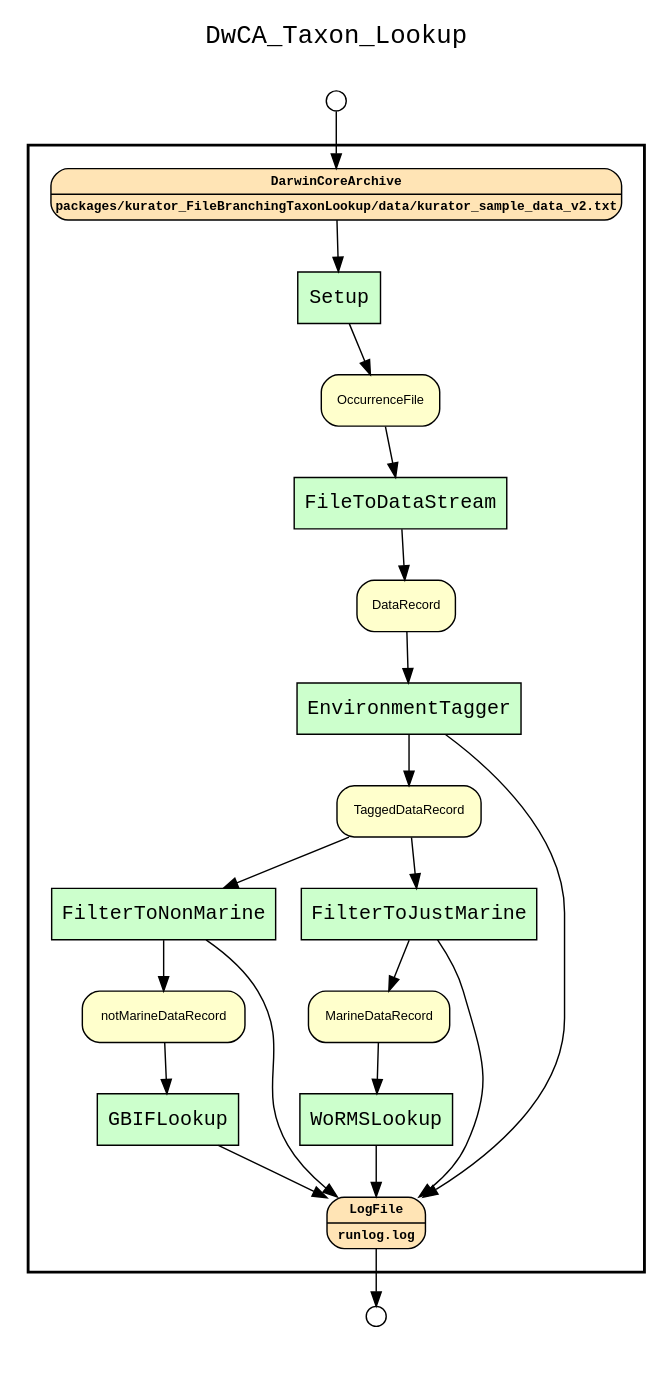
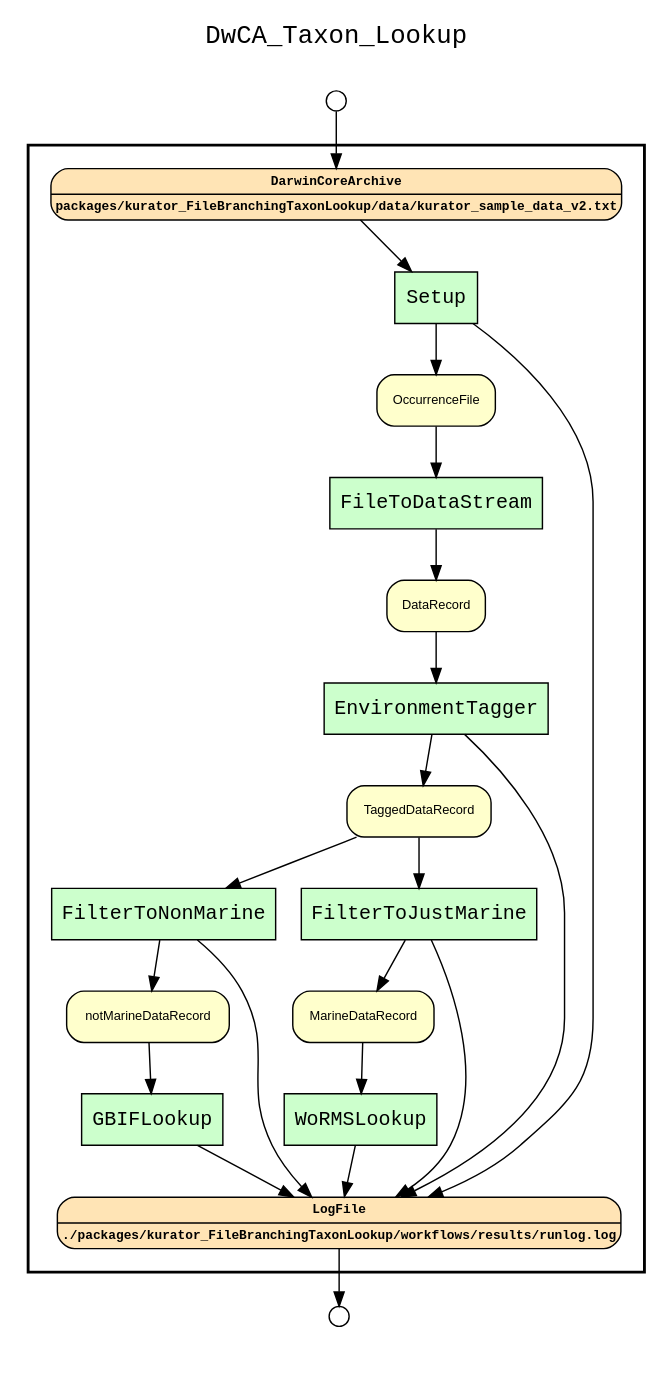
Before and after one commit to kurator-org/kurator-TDWG17-YW: the diagram in kurator_FileBranchingTaxonLookup/workflows/results/wf_recon_upstream_of_LogFile.gv, drawn with Graphviz. The commit also changed 54 other files, not shown here.

```diff
--- a/kurator_FileBranchingTaxonLookup/workflows/results/wf_recon_upstream_of_LogFile.gv
+++ b/kurator_FileBranchingTaxonLookup/workflows/results/wf_recon_upstream_of_LogFile.gv
@@ -1,58 +1,59 @@
 
 digraph yw_data_view {
 rankdir=TB
 fontname=Courier; fontsize=18; labelloc=t
 label="DwCA_Taxon_Lookup"
 subgraph cluster_workflow { label=""; color=black; penwidth=2
 subgraph cluster_workflow_inner { label=""; color=white
 node[shape=box style="filled" fillcolor="#CCFFCC" peripheries=1 fontname=Courier]
 FileToDataStream
-Setup
 GBIFLookup
 WoRMSLookup
 FilterToNonMarine
 FilterToJustMarine
 EnvironmentTagger
+Setup
 node[shape=box style="filled" fillcolor="#CCFFCC" peripheries=1 fontname=Courier]
 node[shape=box style="rounded,filled" fillcolor="#FFE4B5" peripheries=1 fontname="Courier-Bold" fontsize=9]
 DarwinCoreArchive[shape=record rankdir=LR label="{<f0> DarwinCoreArchive |<f1>packages/kurator_FileBranchingTaxonLookup/data/kurator_sample_data_v2.txt\n}"]
 node[shape=box style="rounded,filled" fillcolor="#FFFFCC" peripheries=1 fontname=Helvetica]
 OccurrenceFile
 DataRecord
 TaggedDataRecord
 MarineDataRecord
 notMarineDataRecord
 node[shape=box style="rounded,filled" fillcolor="#FFE4B5" peripheries=1 fontname="Courier-Bold" fontsize=9]
-LogFile[shape=record rankdir=LR label="{<f0> LogFile |<f1>runlog.log\n}"]
+LogFile[shape=record rankdir=LR label="{<f0> LogFile |<f1>./packages/kurator_FileBranchingTaxonLookup/workflows/results/runlog.log\n}"]
 node[shape=box style="rounded,filled" fillcolor="#FFFFFF" peripheries=1 fontname=Helvetica]
 }}
 subgraph cluster_inflows { label=""; color=white; penwidth=2
 subgraph cluster_inflows_inner { label=""; color=white
 node[shape=circle fillcolor="#FFFFFF" peripheries=1 width=0.2]
 DarwinCoreArchive_inflow [label=""]
 }}
 subgraph cluster_outflows { label=""; color=white; penwidth=2
 subgraph cluster_outflows_inner { label=""; color=white
 node[shape=circle fillcolor="#FFFFFF" peripheries=1 width=0.2]
 LogFile_outflow [label=""]
 }}
 notMarineDataRecord -> GBIFLookup
 MarineDataRecord -> WoRMSLookup
 TaggedDataRecord -> FilterToNonMarine
 TaggedDataRecord -> FilterToJustMarine
 DataRecord -> EnvironmentTagger
 OccurrenceFile -> FileToDataStream
 DarwinCoreArchive -> Setup
+Setup -> LogFile
 Setup -> OccurrenceFile
 FileToDataStream -> DataRecord
 EnvironmentTagger -> LogFile
 EnvironmentTagger -> TaggedDataRecord
 FilterToJustMarine -> LogFile
 FilterToJustMarine -> MarineDataRecord
 FilterToNonMarine -> LogFile
 FilterToNonMarine -> notMarineDataRecord
 WoRMSLookup -> LogFile
 GBIFLookup -> LogFile
 DarwinCoreArchive_inflow -> DarwinCoreArchive
 LogFile -> LogFile_outflow
 }
```
